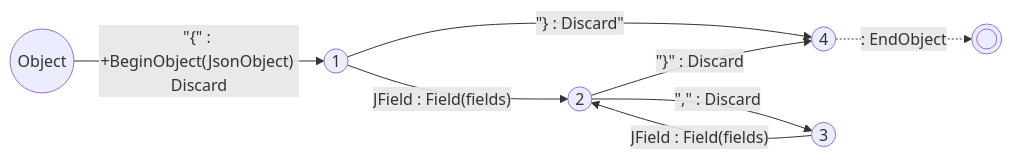
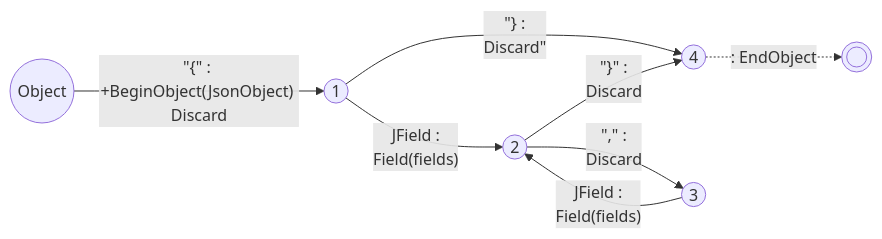
Before and after one commit to vczh-websites/vczh: the third of 20 diagrams in Blog/GLR-Refactoring/Mermaid.md, drawn with Mermaid. The commit also changed other lines of this file, not shown here.

````diff
--- a/Blog/GLR-Refactoring/Mermaid.md
+++ b/Blog/GLR-Refactoring/Mermaid.md
@@ -35,10 +35,15 @@
 ```mermaid
 graph LR
   S((Object))-- #quot;{#quot; : +BeginObject(JsonObject) Discard-->1
-  1((1))-- #quot;} : Discard#quot; -->4
-  1-- JField : Field(fields) -->2
-  2((2))-- #quot;}#quot; : Discard -->4
-  2-- #quot;,#quot; : Discard -->3
-  3((3))-- JField : Field(fields) -->2
+  1((1))-- #quot;} :
+    Discard#quot; -->4
+  1-- JField :
+    Field(fields) -->2
+  2((2))-- #quot;}#quot; :
+    Discard -->4
+  2-- #quot;,#quot; :
+    Discard -->3
+  3((3))-- JField :
+    Field(fields) -->2
   4((4))-. : EndObject .->E((( )))
 ```
````
